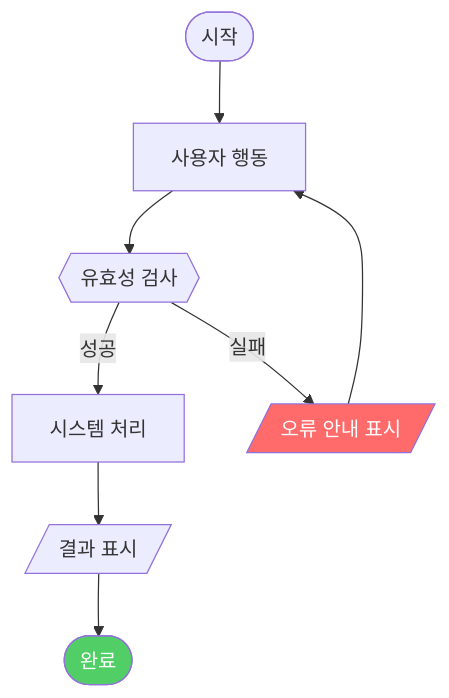
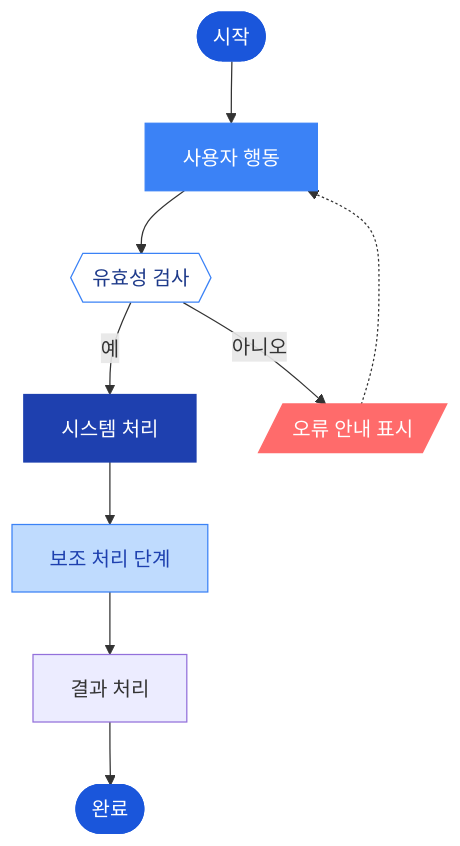
The first of 2 diagrams in prd-agent-system/.claude/agents/ux-logic-analyst/AGENT.md (kimkm930529/ai-native-pm), drawn with Mermaid before and after one commit. The commit also changed other lines of this file and 26 other files, not shown here.

````diff
--- a/prd-agent-system/.claude/agents/ux-logic-analyst/AGENT.md
+++ b/prd-agent-system/.claude/agents/ux-logic-analyst/AGENT.md
@@ -38,13 +59,19 @@
 ```mermaid
 flowchart TD
     Start([시작]) --> UserAction["사용자 행동"]
     UserAction --> Validate{{"유효성 검사"}}
-    Validate -->|성공| Process["시스템 처리"]
-    Validate -->|실패| ErrorMsg[/"오류 안내 표시"/]
-    ErrorMsg --> UserAction
-    Process --> Result[/"결과 표시"/]
+    Validate -->|예| Process["시스템 처리"]
+    Validate -->|아니오| ErrorMsg[/"오류 안내 표시"/]
+    ErrorMsg -.-> UserAction
+    Process --> SubProc["보조 처리 단계"]
+    SubProc --> Result["결과 처리"]
     Result --> End([완료])
 
-    style ErrorMsg fill:#ff6b6b,color:#fff
-    style End fill:#51cf66,color:#fff
+    style Start fill:#1A56DB,color:#fff,stroke:#1A56DB
+    style End fill:#1A56DB,color:#fff,stroke:#1A56DB
+    style Process fill:#1E40AF,color:#fff,stroke:#1E40AF
+    style UserAction fill:#3B82F6,color:#fff,stroke:#3B82F6
+    style SubProc fill:#BFDBFE,color:#1E40AF,stroke:#3B82F6
+    style Validate fill:#ffffff,color:#1E3A8A,stroke:#3B82F6
+    style ErrorMsg fill:#ff6b6b,color:#fff,stroke:#ff6b6b
 ```
````
